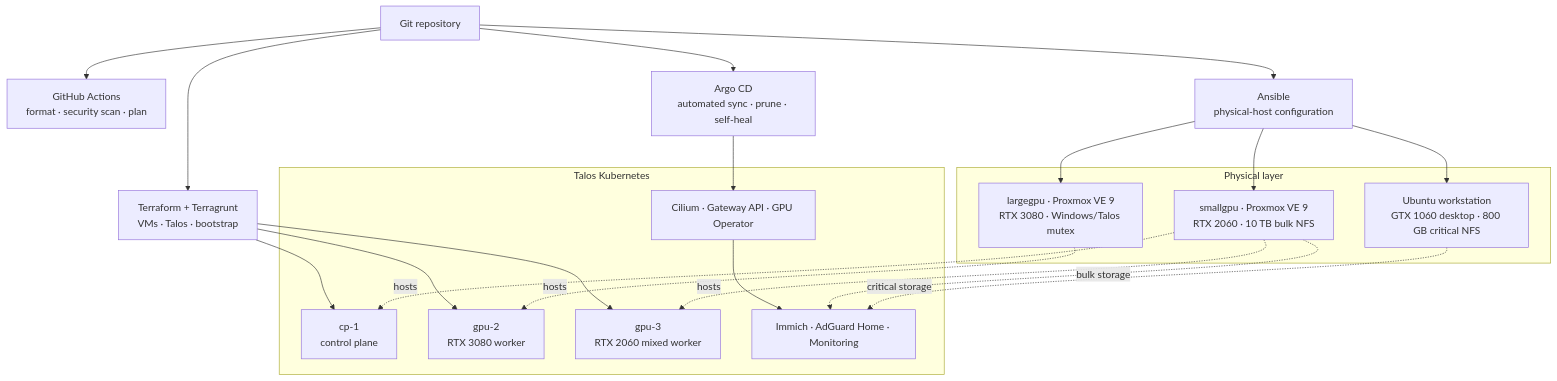
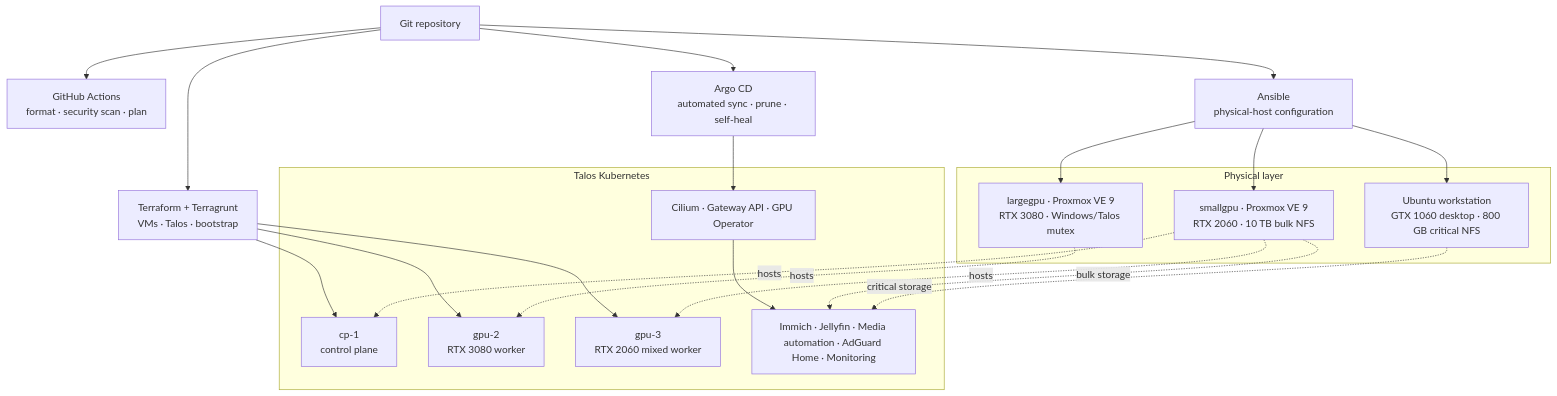
The first of 2 diagrams in README.md (kfir-marx/homelab), drawn with Mermaid before and after one commit. The commit also changed other lines of this file and 28 other files, not shown here.

First line of the commit message:
Restore the home media streaming stack (#5)

````diff
--- a/README.md
+++ b/README.md
@@ -39,39 +39,39 @@
 ```mermaid
 flowchart TB
     Git["Git repository"]
     CI["GitHub Actions<br/>format · security scan · plan"]
     Ansible["Ansible<br/>physical-host configuration"]
     IaC["Terraform + Terragrunt<br/>VMs · Talos · bootstrap"]
     Argo["Argo CD<br/>automated sync · prune · self-heal"]
 
     subgraph Physical["Physical layer"]
         Small["smallgpu · Proxmox VE 9<br/>RTX 2060 · 10 TB bulk NFS"]
         Large["largegpu · Proxmox VE 9<br/>RTX 3080 · Windows/Talos mutex"]
         Ubuntu["Ubuntu workstation<br/>GTX 1060 desktop · 800 GB critical NFS"]
     end
 
     subgraph Cluster["Talos Kubernetes"]
         CP["cp-1<br/>control plane"]
         GPU2["gpu-2<br/>RTX 3080 worker"]
         GPU3["gpu-3<br/>RTX 2060 mixed worker"]
         Platform["Cilium · Gateway API · GPU Operator"]
-        Apps["Immich · AdGuard Home · Monitoring"]
+        Apps["Immich · Jellyfin · Media automation · AdGuard Home · Monitoring"]
     end
 
     Git --> CI
     Git --> Ansible
     Git --> IaC
     Git --> Argo
     Ansible --> Small
     Ansible --> Large
     Ansible --> Ubuntu
     IaC --> CP
     IaC --> GPU2
     IaC --> GPU3
     Small -. hosts .-> CP
     Small -. hosts .-> GPU3
     Large -. hosts .-> GPU2
     Argo --> Platform --> Apps
     Small -. bulk storage .-> Apps
     Ubuntu -. critical storage .-> Apps
 ```
````
